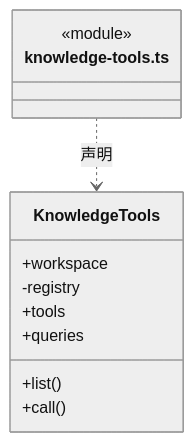
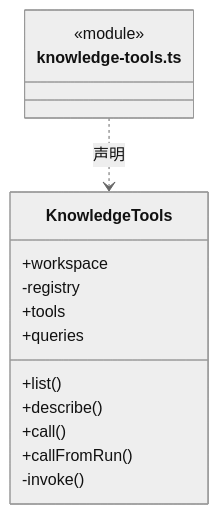
The diagram in src/backend/scheduler-engine/tools/ARCHITECTURE.md (nan023062/cbim), drawn with Mermaid (neutral theme) before and after one commit. The commit also changed other lines of this file and 33 other files, not shown here.

````diff
--- a/src/backend/scheduler-engine/tools/ARCHITECTURE.md
+++ b/src/backend/scheduler-engine/tools/ARCHITECTURE.md
@@ -19,15 +19,18 @@
 ```mermaid
 classDiagram
 class N_src_backend_scheduler_engine_tools_knowledge_tools_ts["knowledge-tools.ts"] {
   <<module>>
 }
 class N_src_backend_scheduler_engine_tools_knowledge_tools_ts_KnowledgeTools["KnowledgeTools"] {
   +workspace
   -registry
   +tools
   +queries
   +list()
+  +describe()
   +call()
+  +callFromRun()
+  -invoke()
 }
 N_src_backend_scheduler_engine_tools_knowledge_tools_ts ..> N_src_backend_scheduler_engine_tools_knowledge_tools_ts_KnowledgeTools : 声明
 ```
````
